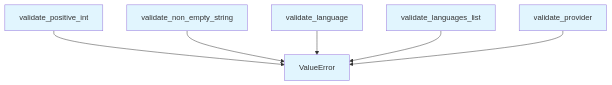
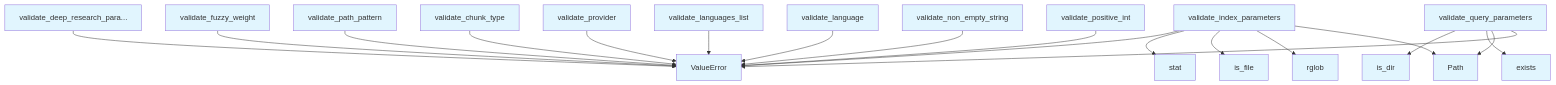
Before and after one commit to UrbanDiver/local-deepwiki-mcp: the diagram in .deepwiki/files/src/local_deepwiki/validation.md, drawn with Mermaid. The commit also changed other lines of this file and 65 other files, not shown here.

````diff
--- a/.deepwiki/files/src/local_deepwiki/validation.md
+++ b/.deepwiki/files/src/local_deepwiki/validation.md
@@ -274,16 +927,41 @@
 ```mermaid
 flowchart TD
-    N0[ValueError]
-    N1[validate_language]
-    N2[validate_languages_list]
-    N3[validate_non_empty_string]
-    N4[validate_positive_int]
-    N5[validate_provider]
-    N4 --> N0
-    N3 --> N0
-    N1 --> N0
-    N2 --> N0
-    N5 --> N0
+    N0[Path]
+    N1[ValueError]
+    N2[exists]
+    N3[is_dir]
+    N4[is_file]
+    N5[rglob]
+    N6[stat]
+    N7[validate_chunk_type]
+    N8[validate_deep_research_para...]
+    N9[validate_fuzzy_weight]
+    N10[validate_index_parameters]
+    N11[validate_language]
+    N12[validate_languages_list]
+    N13[validate_non_empty_string]
+    N14[validate_path_pattern]
+    N15[validate_positive_int]
+    N16[validate_provider]
+    N17[validate_query_parameters]
+    N15 --> N1
+    N13 --> N1
+    N11 --> N1
+    N12 --> N1
+    N16 --> N1
+    N7 --> N1
+    N14 --> N1
+    N9 --> N1
+    N17 --> N1
+    N17 --> N0
+    N17 --> N2
+    N17 --> N3
+    N10 --> N0
+    N10 --> N5
+    N10 --> N4
+    N10 --> N6
+    N10 --> N1
+    N8 --> N1
     classDef func fill:#e1f5fe
-    class N0,N1,N2,N3,N4,N5 func
+    class N0,N1,N2,N3,N4,N5,N6,N7,N8,N9,N10,N11,N12,N13,N14,N15,N16,N17 func
 ```
````
